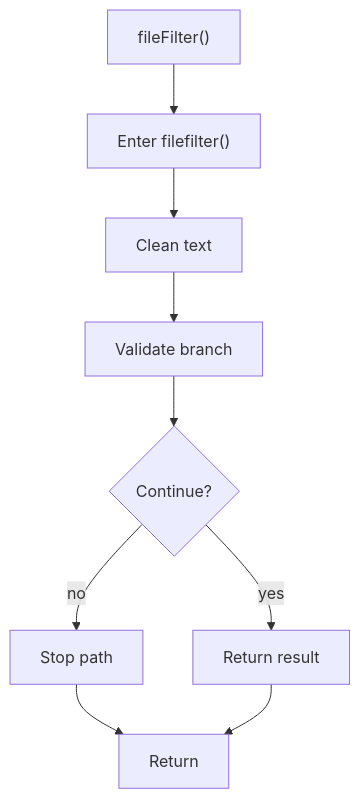
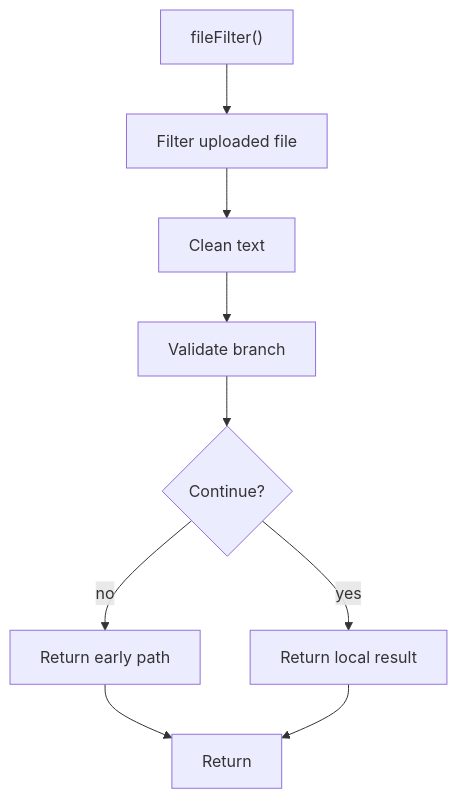
Before and after one commit to JohnAndrewBalbarosa/NeoTerritory: the second of 2 diagrams in docs/Codebase/Backend/src/middleware/upload.js.md, drawn with Mermaid. The commit also changed other lines of this file and 925 other files, not shown here.

````diff
--- a/docs/Codebase/Backend/src/middleware/upload.js.md
+++ b/docs/Codebase/Backend/src/middleware/upload.js.md
@@ -73,19 +72,19 @@
 ```mermaid
 flowchart TD
     Start["fileFilter()"]
-    N0["Enter filefilter()"]
+    N0["Filter uploaded file"]
     N1["Clean text"]
     N2["Validate branch"]
     D2{"Continue?"}
-    R2["Stop path"]
-    N3["Return result"]
+    R2["Return early path"]
+    N3["Return local result"]
     End["Return"]
     Start --> N0
     N0 --> N1
     N1 --> N2
     N2 --> D2
     D2 -->|yes| N3
     D2 -->|no| R2
     R2 --> End
     N3 --> End
 ```
````
